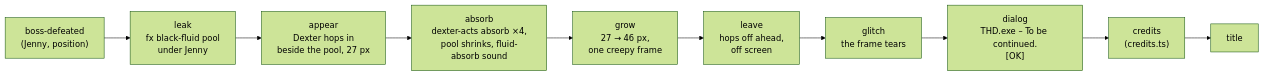
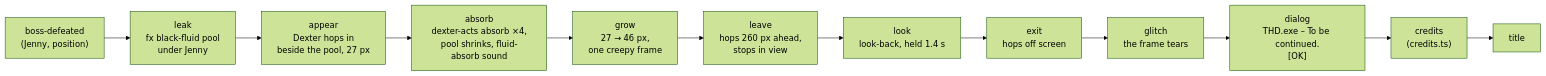
Before and after one commit to THD-AI/WinCS: the third of 4 diagrams in docs/03-STORY-AND-CAST.md, drawn with Mermaid (forest theme). The commit also changed other lines of this file and 9 other files, not shown here.

First line of the commit message:
feat: give the slice's story an arc: watched, silence, look back

````diff
--- a/docs/03-STORY-AND-CAST.md
+++ b/docs/03-STORY-AND-CAST.md
@@ -90,12 +124,14 @@
 ```mermaid
 flowchart LR
   E["boss-defeated<br/>(Jenny, position)"] --> L["leak<br/>fx black-fluid pool<br/>under Jenny"]
   L --> A["appear<br/>Dexter hops in<br/>beside the pool, 27 px"]
   A --> B["absorb<br/>dexter-acts absorb ×4,<br/>pool shrinks, fluid-absorb sound"]
   B --> G["grow<br/>27 → 46 px,<br/>one creepy frame"]
-  G --> H["leave<br/>hops off ahead,<br/>off screen"]
-  H --> X["glitch<br/>the frame tears"]
+  G --> H["leave<br/>hops 260 px ahead,<br/>stops in view"]
+  H --> LK["look<br/>look-back, held 1.4 s"]
+  LK --> EX["exit<br/>hops off screen"]
+  EX --> X["glitch<br/>the frame tears"]
   X --> D["dialog<br/>THD.exe – To be continued.<br/>[OK]"]
   D --> C["credits<br/>(credits.ts)"]
   C --> T["title"]
 ```
````
